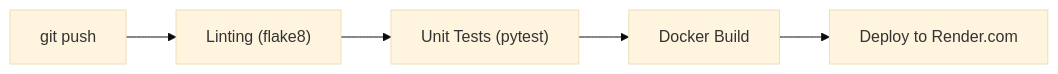
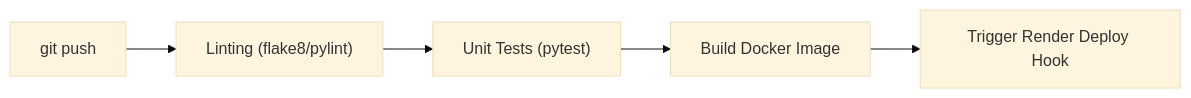
One commit to Lutvunenko-Dmutro/EnergyMonitor-OLAP changed the fourth of 4 diagrams in docs/thesis/THESIS_3_DESIGN_AND_IMPLEMENTATION.md. Above: the diagram before and after it, drawn with Mermaid (base theme). The commit also changed other lines of this file and 16 other files, not shown here.

````diff
--- a/docs/thesis/THESIS_3_DESIGN_AND_IMPLEMENTATION.md
+++ b/docs/thesis/THESIS_3_DESIGN_AND_IMPLEMENTATION.md
@@ -226,7 +175,7 @@
 ```mermaid
 flowchart LR
-    Push["git push"] --> Lint["Linting (flake8)"]
+    Push["git push"] --> Lint["Linting (flake8/pylint)"]
     Lint --> Tests["Unit Tests (pytest)"]
-    Tests --> Build["Docker Build"]
-    Build --> Deploy["Deploy to Render.com"]
+    Tests --> Build["Build Docker Image"]
+    Build --> Deploy["Trigger Render Deploy Hook"]
 ```
````
